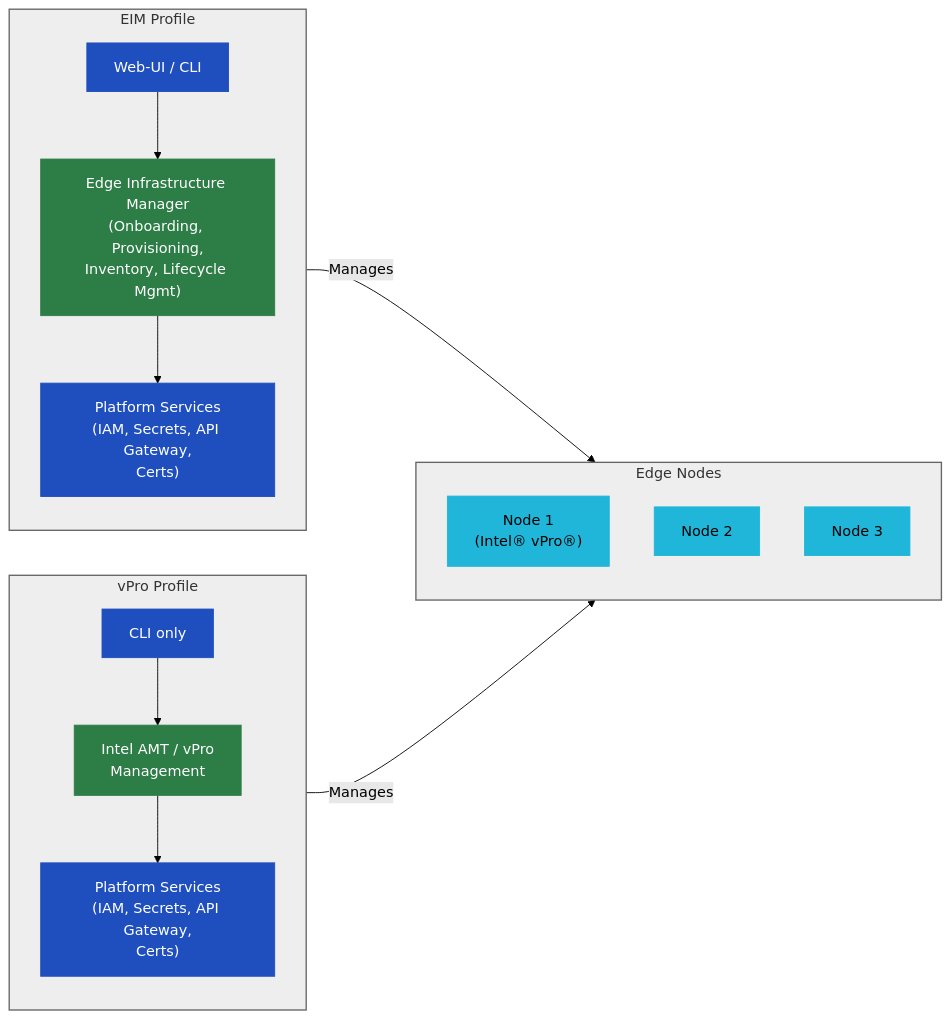
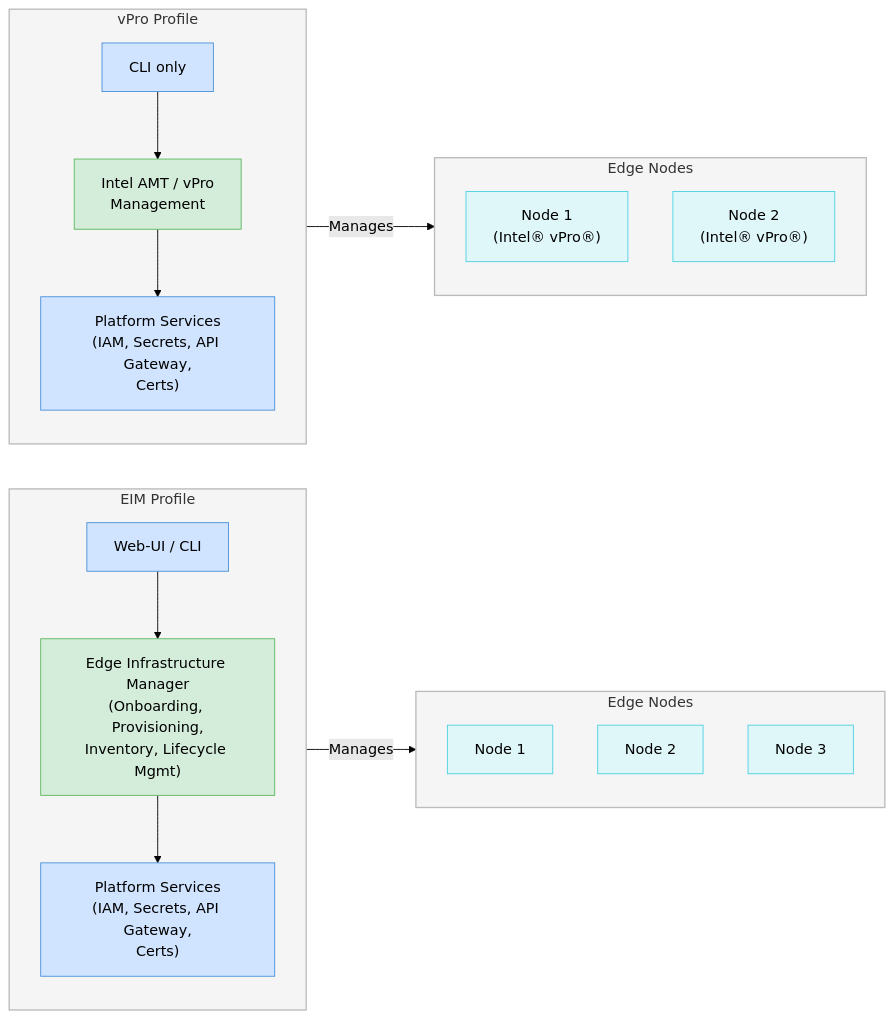
Before and after one commit to open-edge-platform/edge-manageability-framework: the diagram in README.md, drawn with Mermaid (forest theme).

````diff
--- a/README.md
+++ b/README.md
@@ -28,40 +28,47 @@
 ```mermaid
 flowchart LR
 
     subgraph EIM["EIM Profile"]
         direction TB
         UI1[Web-UI / CLI]
         IM1["Edge Infrastructure Manager<br/>(Onboarding, Provisioning,<br/>Inventory, Lifecycle Mgmt)"]
         PS1["Platform Services<br/>(IAM, Secrets, API Gateway,<br/>Certs)"]
         UI1 --> IM1 --> PS1
     end
 
+    subgraph EN1["Edge Nodes"]
+        direction TB
+        E1["Node 1"]
+        E2["Node 2"]
+        E3["Node 3"]
+    end
+
+    EIM -->|"Manages"| EN1
+
     subgraph VPRO["vPro Profile"]
         direction TB
         CLI2[CLI only]
         IM2["Intel AMT / vPro<br/>Management"]
         PS2["Platform Services<br/>(IAM, Secrets, API Gateway,<br/>Certs)"]
         CLI2 --> IM2 --> PS2
     end
 
-    subgraph EN["Edge Nodes"]
+    subgraph EN2["Edge Nodes"]
         direction TB
-        N1["Node 1<br/>(Intel® vPro®)"]
-        N2["Node 2"]
-        N3["Node 3"]
+        V1["Node 1<br/>(Intel® vPro®)"]
+        V2["Node 2<br/>(Intel® vPro®)"]
     end
 
-    EIM -->|"Manages"| EN
-    VPRO -->|"Manages"| EN
+    VPRO -->|"Manages"| EN2
 
-    classDef blue fill:#1f4fbf,color:#fff,stroke:#1f4fbf
-    classDef green fill:#2d7d46,color:#fff,stroke:#2d7d46
-    classDef lightblue fill:#1fb6d9,color:#000,stroke:#1fb6d9
-    classDef grey fill:#eeeeee,stroke:#666,stroke-width:1.5px
+    classDef blue fill:#d0e4ff,color:#000,stroke:#4a90d9
+    classDef green fill:#d4edda,color:#000,stroke:#5cb85c
+    classDef lightblue fill:#e0f7fa,color:#000,stroke:#4dd0e1
+    classDef grey fill:#f5f5f5,stroke:#bbb,stroke-width:1.5px
 
     class EIM,VPRO grey
     class UI1,CLI2,PS1,PS2 blue
     class IM1,IM2 green
-    class EN grey
-    class N1,N2,N3 lightblue
+    class EN1,EN2 grey
+    class E1,E2,E3,V1,V2 lightblue
 ```
````
